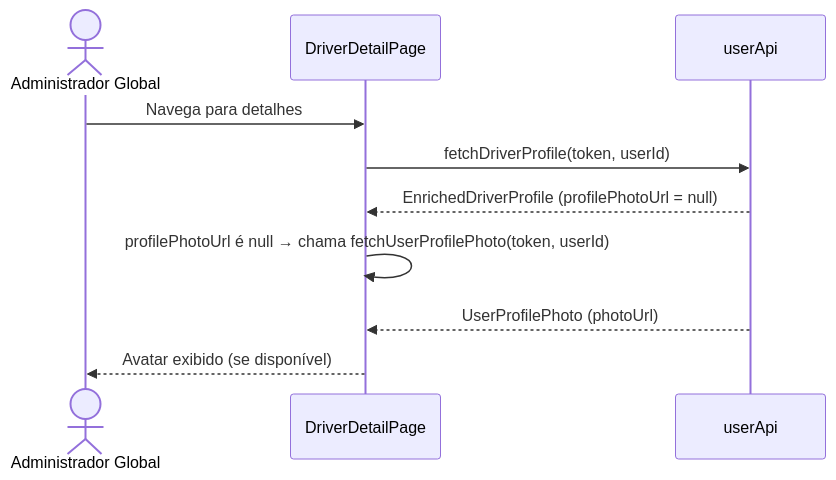
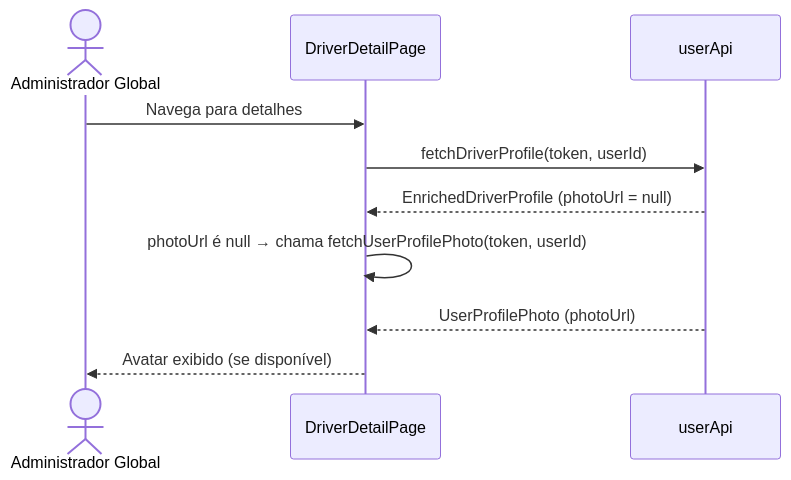
One commit to JJTransportes/moto-web changed the second of 2 diagrams in .sdd/specs/user-detail-enhancement-web/design.md. Above: the diagram before and after it, drawn with Mermaid. The commit also changed other lines of this file and 75 other files, not shown here.

````diff
--- a/.sdd/specs/user-detail-enhancement-web/design.md
+++ b/.sdd/specs/user-detail-enhancement-web/design.md
@@ -85,13 +91,13 @@
 ```mermaid
 sequenceDiagram
     actor Admin as Administrador Global
     participant DriverPage as DriverDetailPage
     participant API as userApi
 
     Admin->>DriverPage: Navega para detalhes
     DriverPage->>API: fetchDriverProfile(token, userId)
-    API-->>DriverPage: EnrichedDriverProfile (profilePhotoUrl = null)
-    DriverPage->>DriverPage: profilePhotoUrl é null → chama fetchUserProfilePhoto(token, userId)
+    API-->>DriverPage: EnrichedDriverProfile (photoUrl = null)
+    DriverPage->>DriverPage: photoUrl é null → chama fetchUserProfilePhoto(token, userId)
     API-->>DriverPage: UserProfilePhoto (photoUrl)
     DriverPage-->>Admin: Avatar exibido (se disponível)
 ```
````
